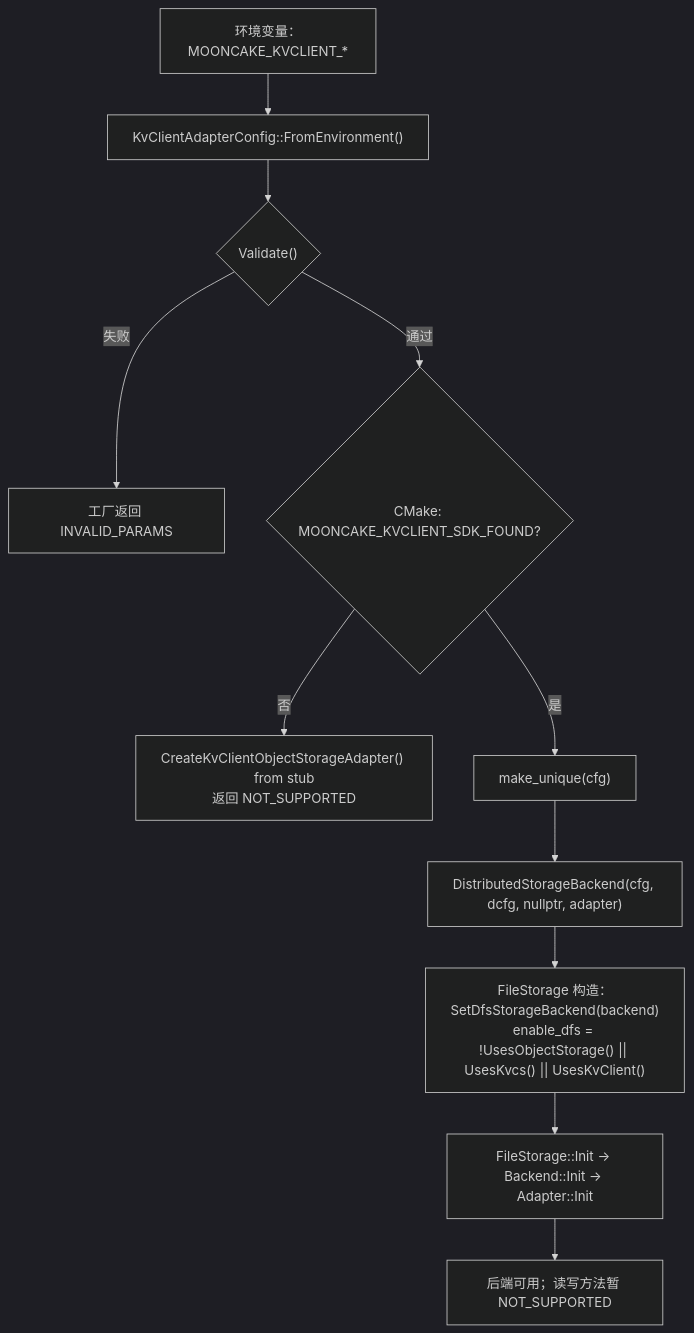
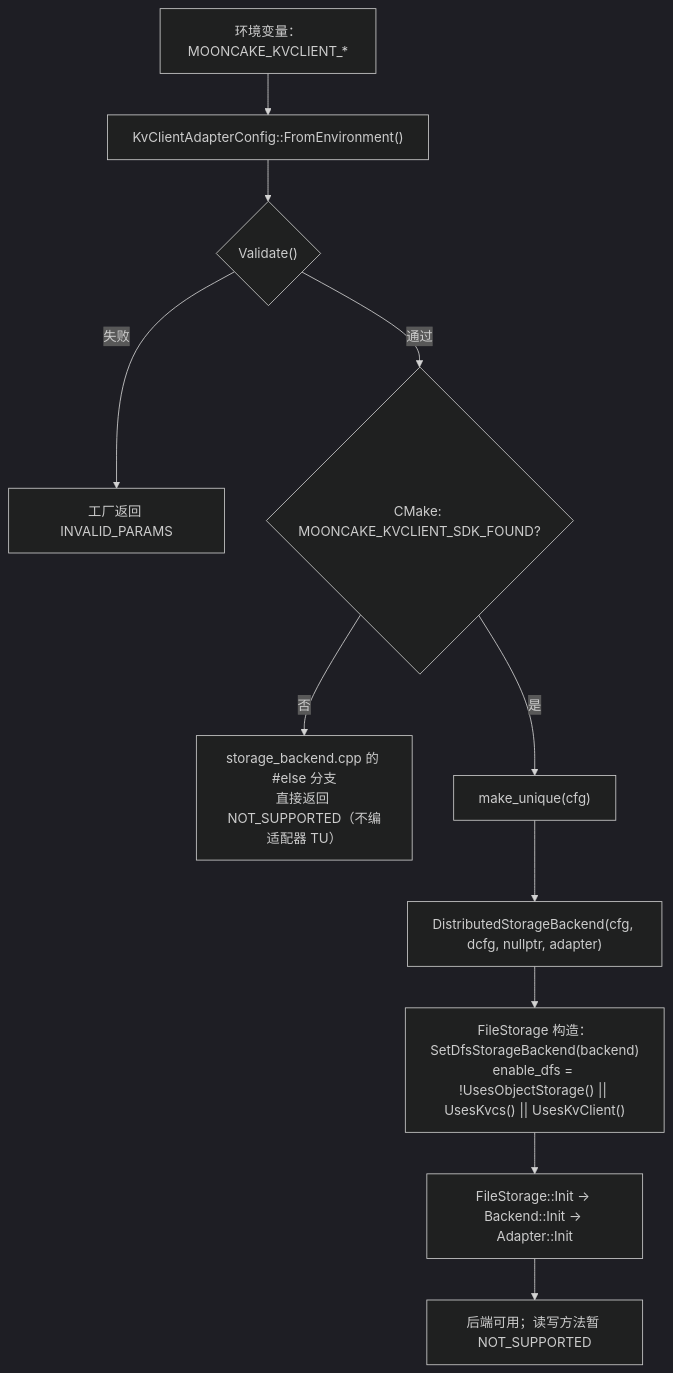
Before and after one commit to zwj20000328-dotcom/Mooncake-documents: the second of 9 diagrams in Mooncake + KVClient L3 接入（Kvcs）- PR 实施设计.md, drawn with Mermaid (dark theme). The commit also changed other lines of this file and 1 other file, not shown here.

Commit message:
docs: drop the kvclient backend stub TU in favour of an ifdef factory branch

````diff
--- a/Mooncake + KVClient L3 接入（Kvcs）- PR 实施设计.md
+++ b/Mooncake + KVClient L3 接入（Kvcs）- PR 实施设计.md
@@ -110,13 +106,13 @@
 ```mermaid
 flowchart TB
     ENV["环境变量：MOONCAKE_KVCLIENT_*"] --> CFG["KvClientAdapterConfig::FromEnvironment()"]
     CFG --> VAL{"Validate()"}
     VAL -->|失败| ERR1["工厂返回 INVALID_PARAMS"]
     VAL -->|通过| FOUND{"CMake: MOONCAKE_KVCLIENT_SDK_FOUND?"}
-    FOUND -->|否| STUB["CreateKvClientObjectStorageAdapter() from stub<br/>返回 NOT_SUPPORTED"]
+    FOUND -->|否| STUB["storage_backend.cpp 的 #else 分支<br/>直接返回 NOT_SUPPORTED（不编适配器 TU）"]
     FOUND -->|是| CREATE["make_unique<KvClientObjectStorageAdapter>(cfg)"]
     CREATE --> BACKEND["DistributedStorageBackend(cfg, dcfg, nullptr, adapter)"]
     BACKEND --> INJECT["FileStorage 构造：SetDfsStorageBackend(backend)<br/>enable_dfs = !UsesObjectStorage() || UsesKvcs() || UsesKvClient()"]
     INJECT --> INIT["FileStorage::Init → Backend::Init → Adapter::Init"]
     INIT --> OK["后端可用；读写方法暂 NOT_SUPPORTED"]
 ```
````
